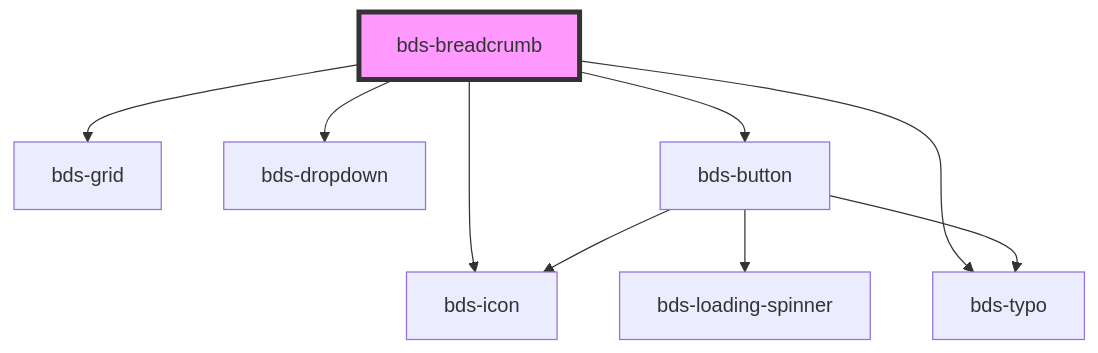
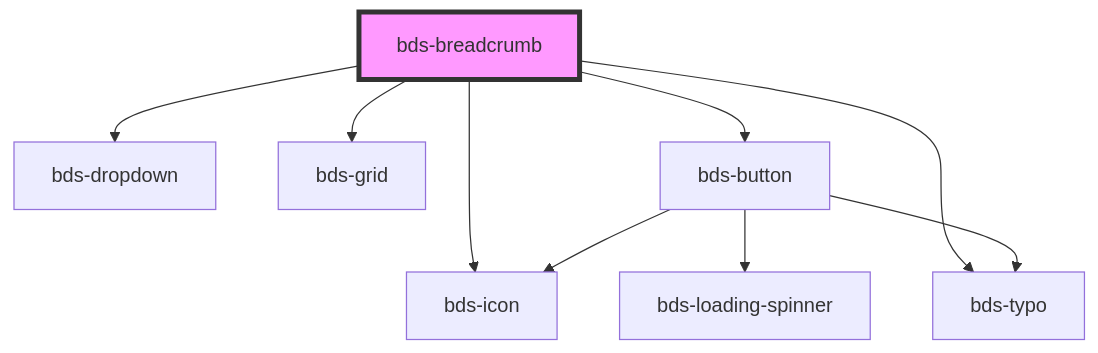
The diagram in src/components/breadcrumb/readme.md (takenet/blip-ds), drawn with Mermaid before and after one commit. The commit also changed other lines of this file and 6 other files, not shown here.

Commit message:
feat: add wrapItems property to BdsBreadcrumb component and update styling for breadcrumb items AB#1033048

````diff
--- a/src/components/breadcrumb/readme.md
+++ b/src/components/breadcrumb/readme.md
@@ -26,12 +27,12 @@
 ```mermaid
 graph TD;
+  bds-breadcrumb --> bds-dropdown
   bds-breadcrumb --> bds-grid
-  bds-breadcrumb --> bds-dropdown
   bds-breadcrumb --> bds-icon
   bds-breadcrumb --> bds-button
   bds-breadcrumb --> bds-typo
   bds-button --> bds-loading-spinner
   bds-button --> bds-icon
   bds-button --> bds-typo
   style bds-breadcrumb fill:#f9f,stroke:#333,stroke-width:4px
 ```
````
